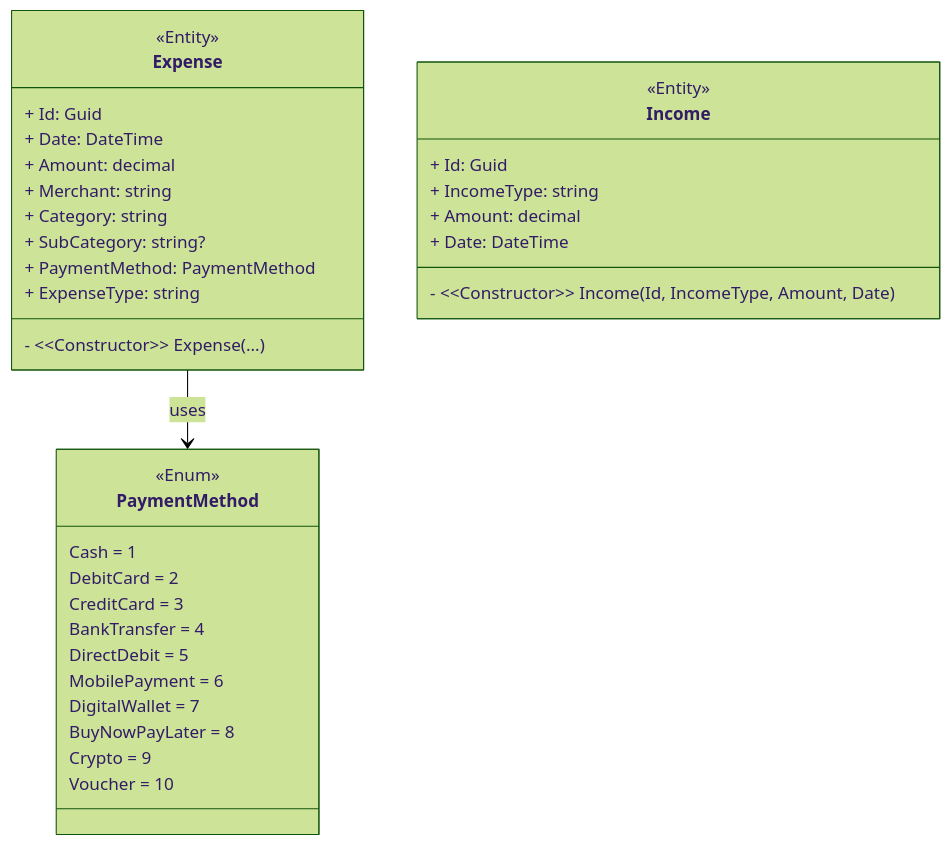
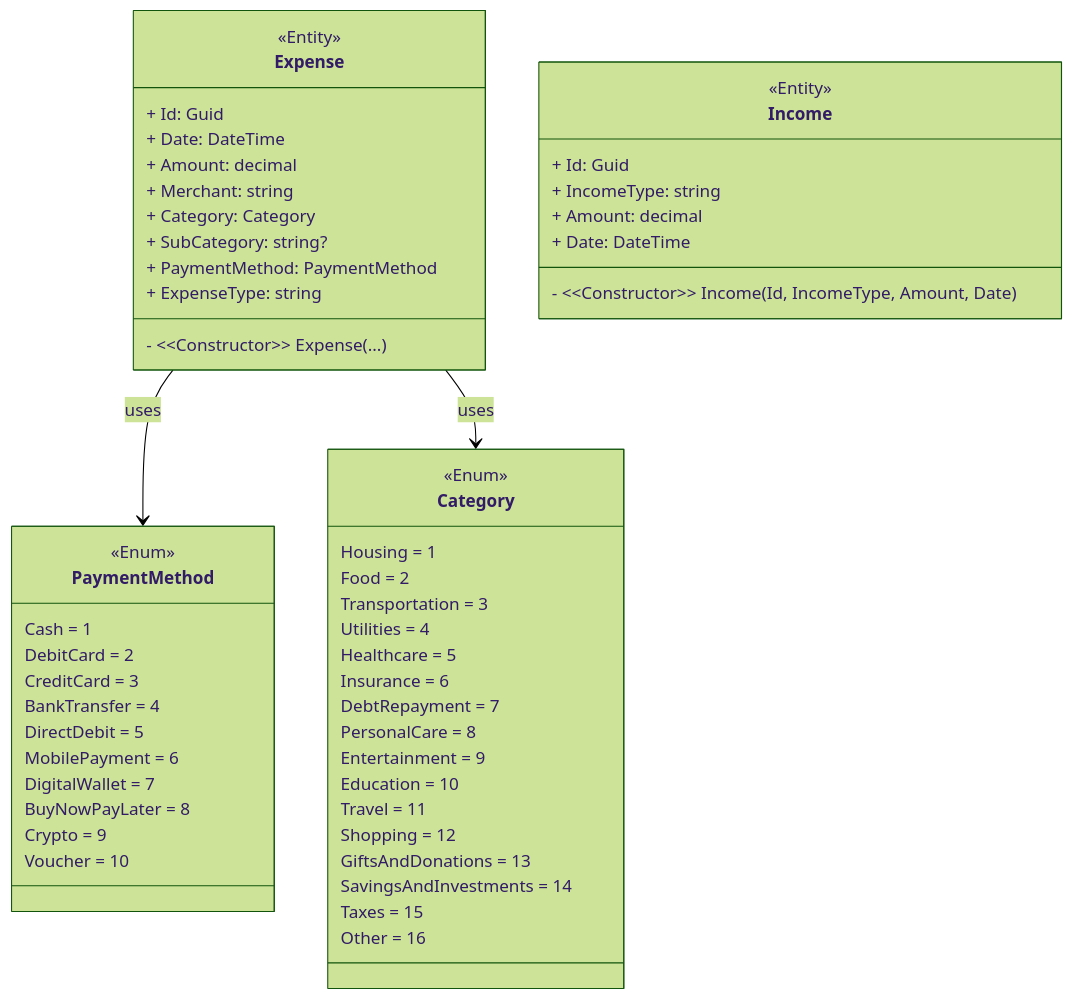
One commit to jannikwk/budget-tracker-api changed the diagram in README.md. Above: the diagram before and after it, drawn with Mermaid (forest theme). The commit also changed 3 other files, not shown here.

Commit message:
feat: add expense Category enum

````diff
--- a/README.md
+++ b/README.md
@@ -4,43 +4,64 @@
 ```mermaid
 classDiagram-v2
     direction TB
 
     class Expense {
         <<Entity>>
         + Id: Guid
         + Date: DateTime
         + Amount: decimal
         + Merchant: string
-        + Category: string
+        + Category: Category
         + SubCategory: string?
         + PaymentMethod: PaymentMethod
         + ExpenseType: string
         - ~~Constructor~~ Expense(...)
     }
     
     class PaymentMethod {
         <<Enum>>
         Cash = 1
         DebitCard = 2
         CreditCard = 3
         BankTransfer = 4
         DirectDebit = 5
         MobilePayment = 6
         DigitalWallet = 7
         BuyNowPayLater = 8
         Crypto = 9
         Voucher = 10
         
     }
+
+    class Category {
+        <<Enum>>
+        Housing = 1
+        Food = 2
+        Transportation = 3
+        Utilities = 4
+        Healthcare = 5
+        Insurance = 6
+        DebtRepayment = 7
+        PersonalCare = 8
+        Entertainment = 9
+        Education = 10
+        Travel = 11
+        Shopping = 12
+        GiftsAndDonations = 13
+        SavingsAndInvestments = 14
+        Taxes = 15
+        Other = 16
+    }
     
     Expense --> PaymentMethod : uses
+    Expense --> Category : uses
 
     class Income {
         <<Entity>>
         + Id: Guid
         + IncomeType: string
         + Amount: decimal
         + Date: DateTime
         - ~~Constructor~~ Income(Id, IncomeType, Amount, Date)
     }
 ```
````
